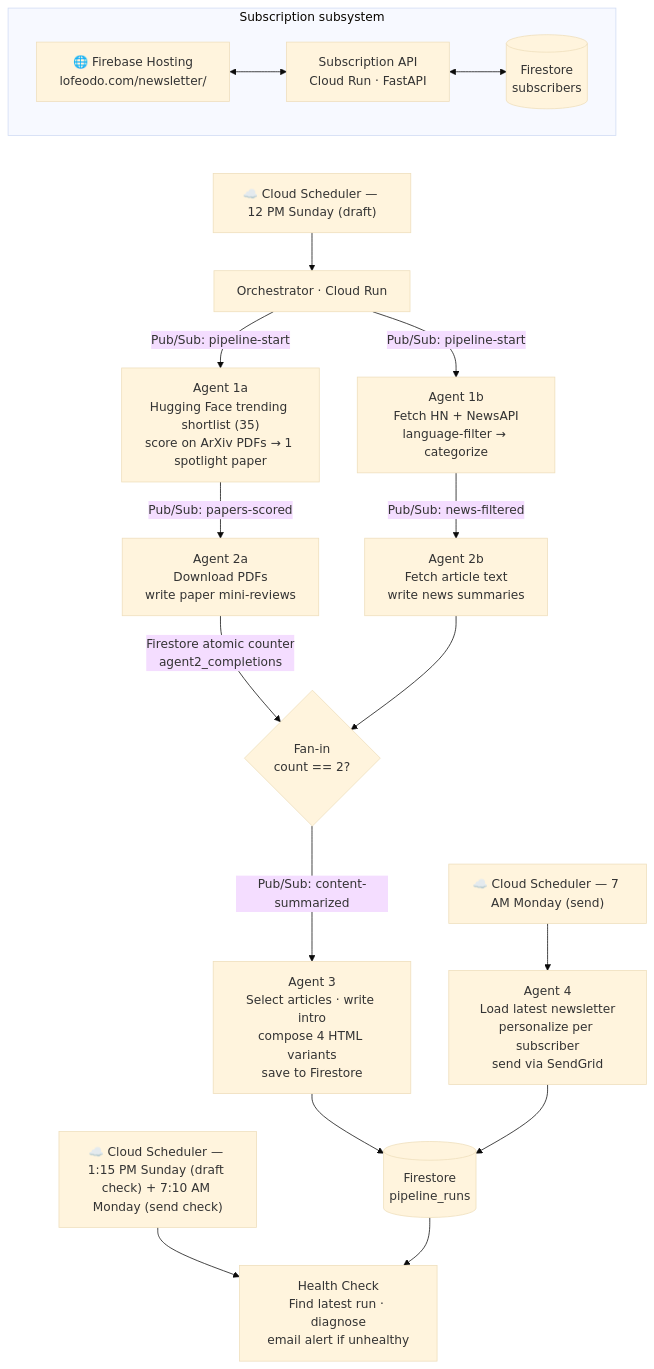
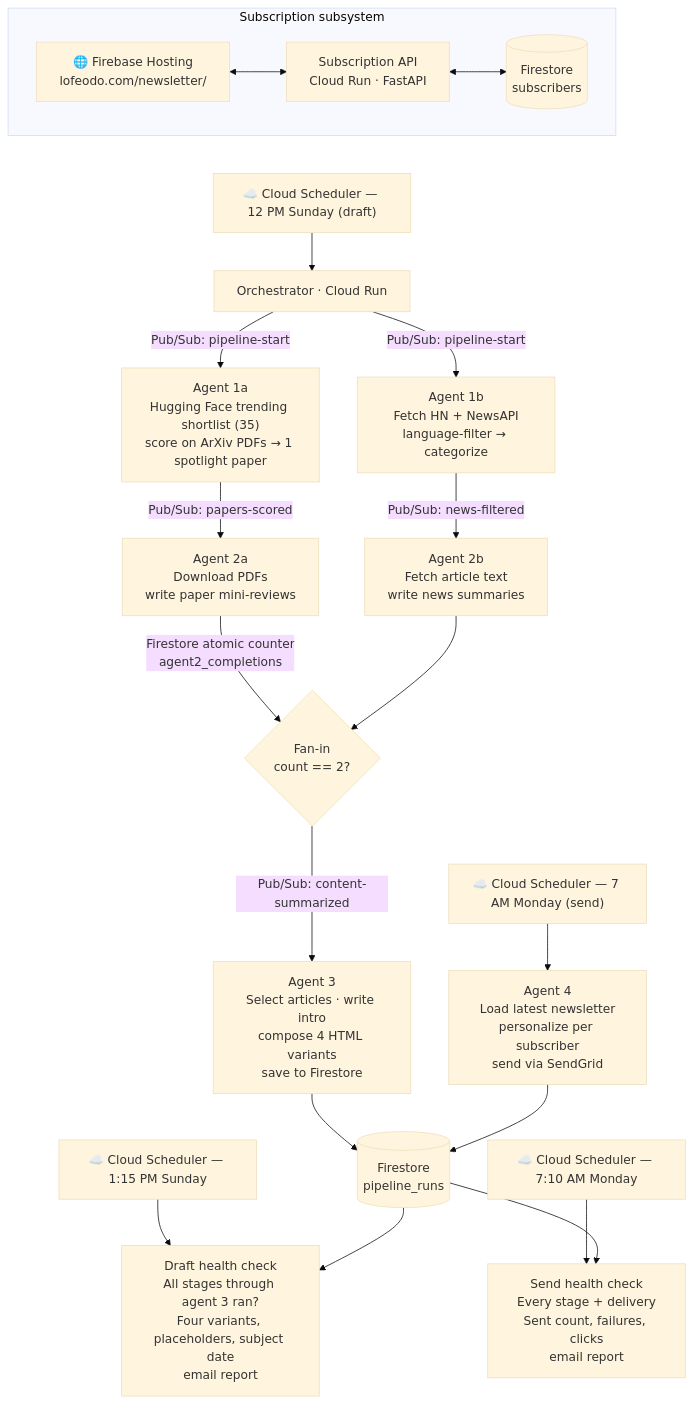
The first of 2 diagrams in README.md (lofeodo/ai-news-agent), drawn with Mermaid (base theme) before and after one commit.

Commit message:
docs: show the draft and send health checks as separate jobs in the pipeline diagram
Claude-Session: https://claude.ai/code/session_01KTK48pZbZ2Bmz2aqnJRgA6

````diff
--- a/README.md
+++ b/README.md
@@ -15,33 +15,41 @@
 ```mermaid
 flowchart TB
     subgraph SUB["Subscription subsystem"]
         direction LR
         FE["🌐 Firebase Hosting\nlofeodo.com/newsletter/"] <--> SUBS["Subscription API\nCloud Run · FastAPI"]
         SUBS <--> FSS[("Firestore\nsubscribers")]
     end
 
     SUB ~~~ CS1
 
     CS1["☁️ Cloud Scheduler — 12 PM Sunday (draft)"] --> ORC["Orchestrator · Cloud Run"]
 
     ORC -->|"Pub/Sub: pipeline-start"| A1A["Agent 1a\nHugging Face trending shortlist (35)\nscore on ArXiv PDFs → 1 spotlight paper"]
     ORC -->|"Pub/Sub: pipeline-start"| A1B["Agent 1b\nFetch HN + NewsAPI\nlanguage-filter → categorize"]
 
     A1A -->|"Pub/Sub: papers-scored"| A2A["Agent 2a\nDownload PDFs\nwrite paper mini-reviews"]
     A1B -->|"Pub/Sub: news-filtered"| A2B["Agent 2b\nFetch article text\nwrite news summaries"]
 
     A2A -->|"Firestore atomic counter\nagent2_completions"| FAN{"Fan-in\ncount == 2?"}
     A2B --> FAN
 
     FAN -->|"Pub/Sub: content-summarized"| A3["Agent 3\nSelect articles · write intro\ncompose 4 HTML variants\nsave to Firestore"]
 
     FAN ~~~ CS2
     CS2["☁️ Cloud Scheduler — 7 AM Monday (send)"] --> A4["Agent 4\nLoad latest newsletter\npersonalize per subscriber\nsend via SendGrid"]
 
     A3 --> FSP[("Firestore\npipeline_runs")]
     A4 --> FSP
 
     FAN ~~~ CS3
-    CS3["☁️ Cloud Scheduler — 1:15 PM Sunday (draft check) + 7:10 AM Monday (send check)"] --> HC["Health Check\nFind latest run · diagnose\nemail alert if unhealthy"]
-    FSP --> HC
+    CS3["☁️ Cloud Scheduler — 1:15 PM Sunday"] --> HCD["Draft health check
+All stages through agent 3 ran?
+Four variants, placeholders, subject date
+email report"]
+    CS4["☁️ Cloud Scheduler — 7:10 AM Monday"] --> HCS["Send health check
+Every stage + delivery
+Sent count, failures, clicks
+email report"]
+    FSP --> HCD
+    FSP --> HCS
 ```
````
